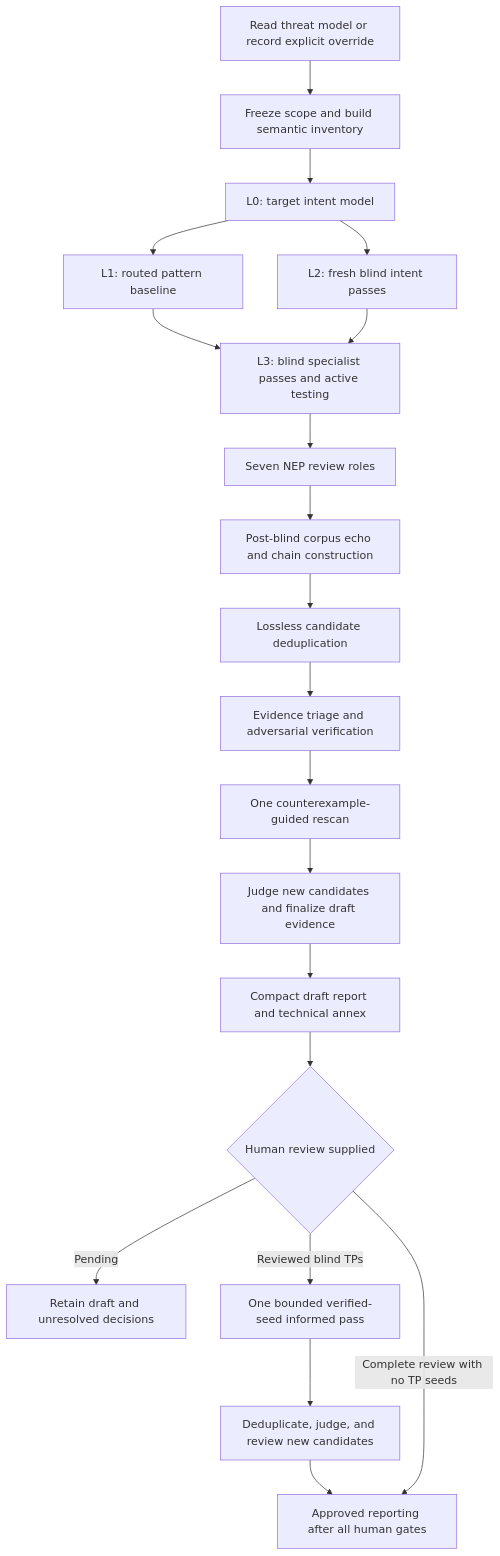
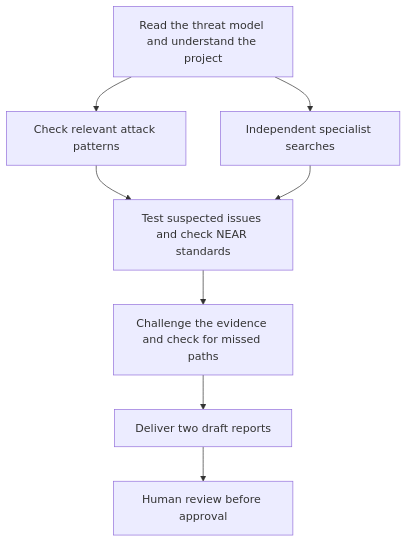
Before and after one commit to SlotZeroSecurity/slotzero-yoctoarmor: the diagram in README.md, drawn with Mermaid. The commit also changed other lines of this file and 6 other files, not shown here.

````diff
--- a/README.md
+++ b/README.md
@@ -305,22 +107,11 @@
 ```mermaid
 flowchart TD
-    TM[Read threat model or record explicit override] --> A[Freeze scope and build semantic inventory]
-    A --> B[L0: target intent model]
-    B --> C[L1: routed pattern baseline]
-    B --> D[L2: fresh blind intent passes]
-    C --> E[L3: blind specialist passes and active testing]
-    D --> E
-    E --> F[Seven NEP review roles]
-    F --> G[Post-blind corpus echo and chain construction]
-    G --> H[Lossless candidate deduplication]
-    H --> I[Evidence triage and adversarial verification]
-    I --> J[One counterexample-guided rescan]
-    J --> K[Judge new candidates and finalize draft evidence]
-    K --> L[Compact draft report and technical annex]
-    L --> M{Human review supplied}
-    M -->|Pending| N[Retain draft and unresolved decisions]
-    M -->|Reviewed blind TPs| O[One bounded verified-seed informed pass]
-    O --> P[Deduplicate, judge, and review new candidates]
-    P --> Q[Approved reporting after all human gates]
-    M -->|Complete review with no TP seeds| Q
+    A[Read the threat model and understand the project]
+    A --> B[Check relevant attack patterns]
+    A --> C[Independent specialist searches]
+    B --> D[Test suspected issues and check NEAR standards]
+    C --> D
+    D --> E[Challenge the evidence and check for missed paths]
+    E --> F[Deliver two draft reports]
+    F --> G[Human review before approval]
 ```
````
